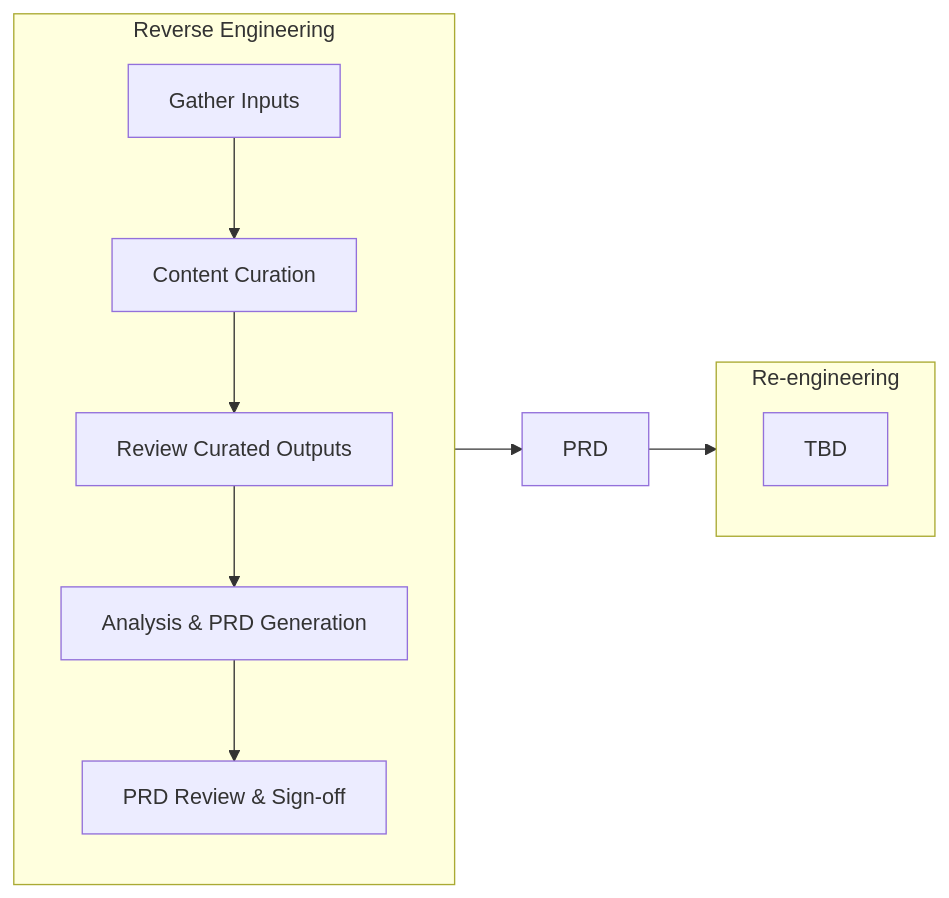
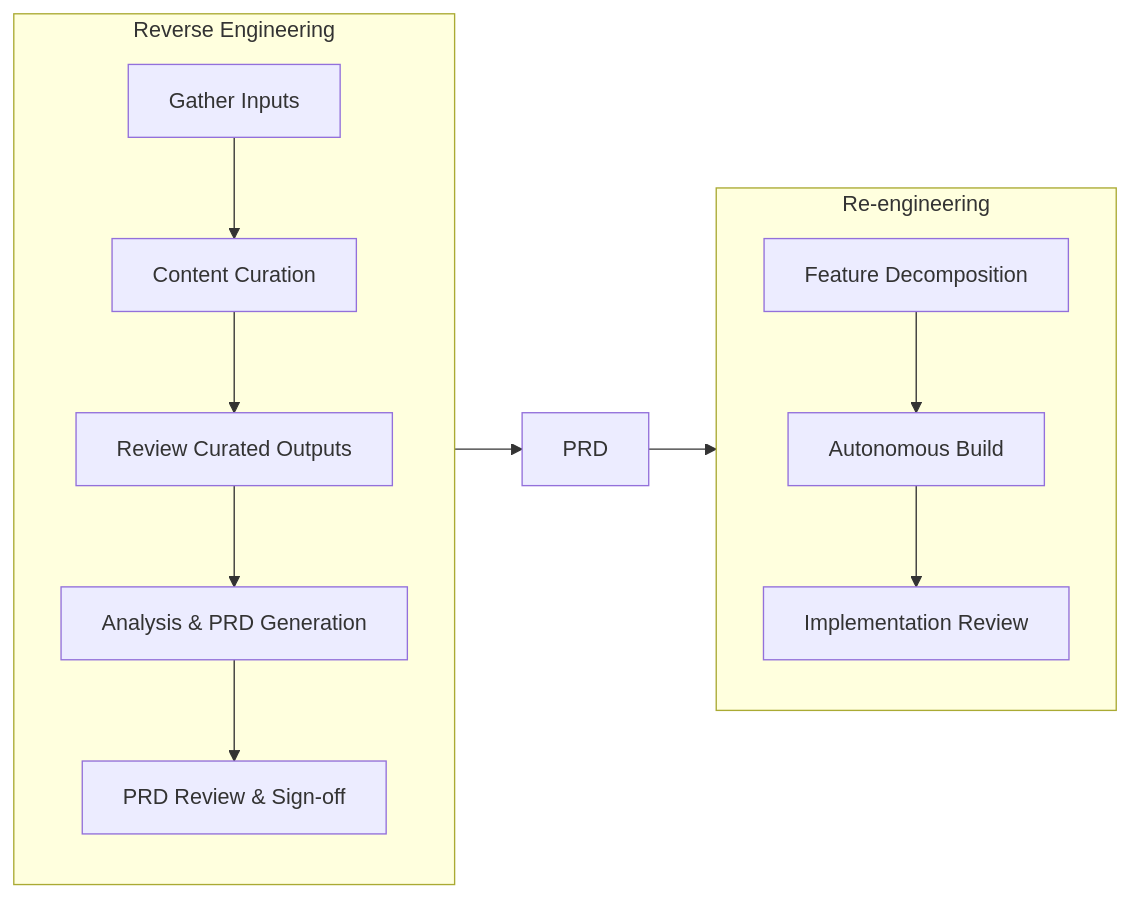
One commit to DEFRA/defra-ai-modernisation-playbook changed the diagram in index.md. Above: the diagram before and after it, drawn with Mermaid. The commit also changed 8 other files, not shown here.

Commit message:
docs: add autonomous build and implementation review phases

````diff
--- a/index.md
+++ b/index.md
@@ -14,14 +14,15 @@
 ```mermaid
 flowchart LR
     subgraph RE ["Reverse Engineering"]
         A["Gather Inputs"] --> B["Content Curation"]
         B --> C["Review Curated Outputs"]
         C --> D["Analysis & PRD Generation"]
         D --> E["PRD Review & Sign-off"]
     end
     RE --> F["PRD"]
     subgraph REENGG ["Re-engineering"]
-        G["TBD"]
+        G["Feature Decomposition"] --> H["Autonomous Build"]
+        H --> I["Implementation Review"]
     end
     F --> REENGG
 ```
````
